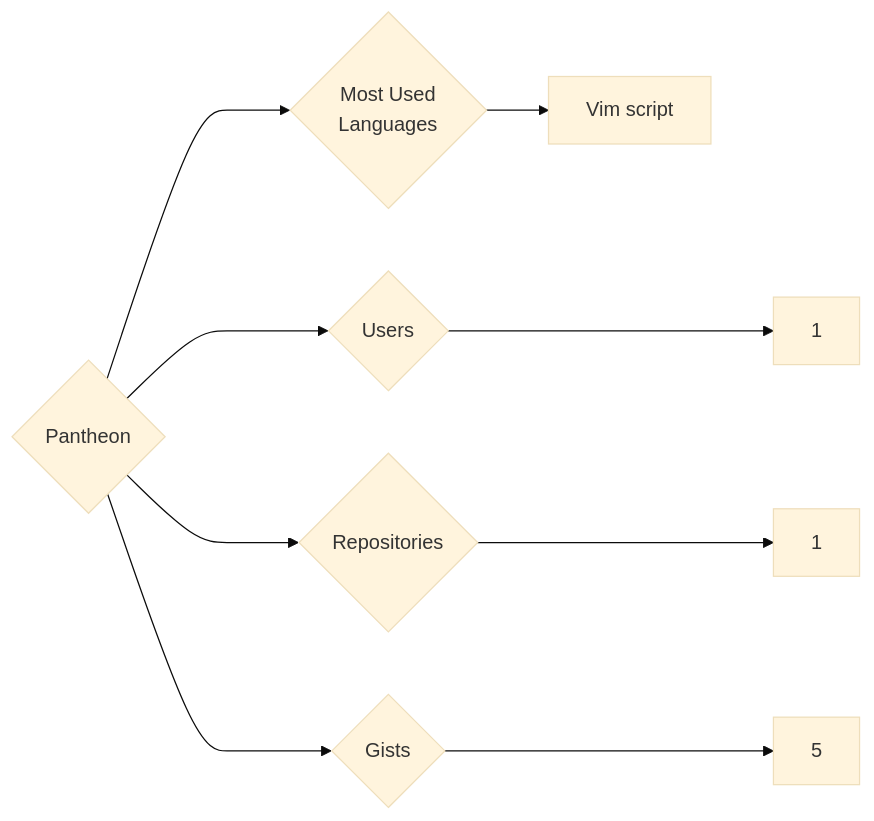
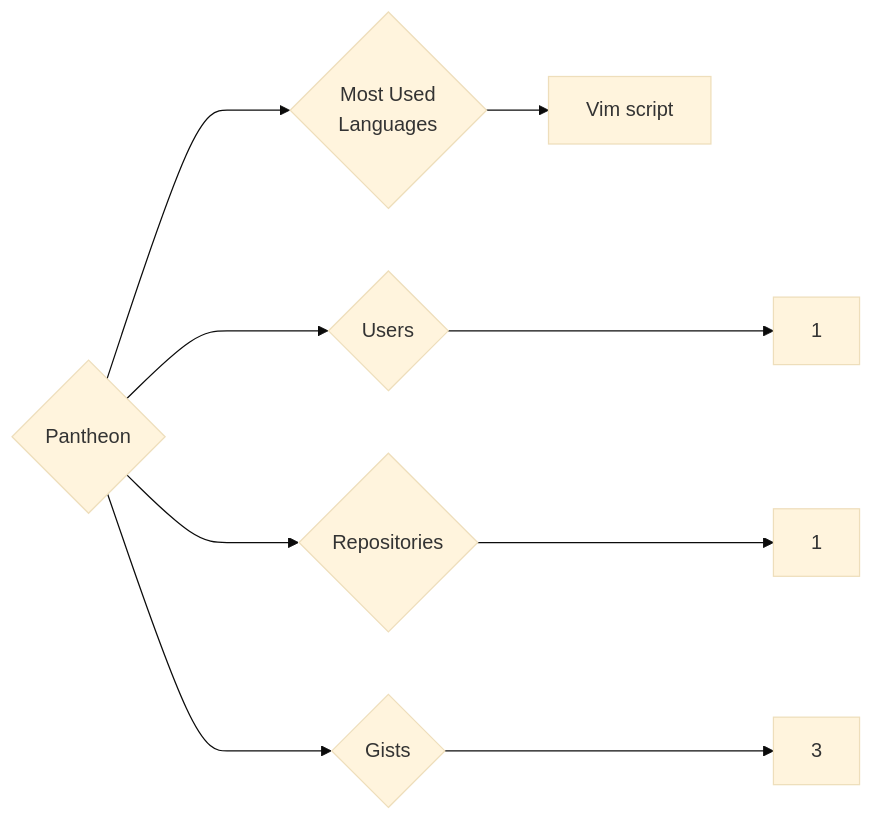
One commit to trickest/insiders changed the diagram in targets/Pantheon/README.md. Above: the diagram before and after it, drawn with Mermaid (base theme). The commit also changed 833 other files, not shown here.

````diff
--- a/targets/Pantheon/README.md
+++ b/targets/Pantheon/README.md
@@ -3,9 +3,9 @@
 ```mermaid
 graph LR
 COMPANY_NAME{Pantheon}
 COMPANY_NAME ---> U{Users} ---> UN[1]
 COMPANY_NAME ---> R{Repositories} ---> RN[1]
-COMPANY_NAME ---> G{Gists} ---> GN[5]
+COMPANY_NAME ---> G{Gists} ---> GN[3]
 COMPANY_NAME ---> ML{Most Used<br>Languages}
 ML --> Vim_script[Vim script]
 ```
````
